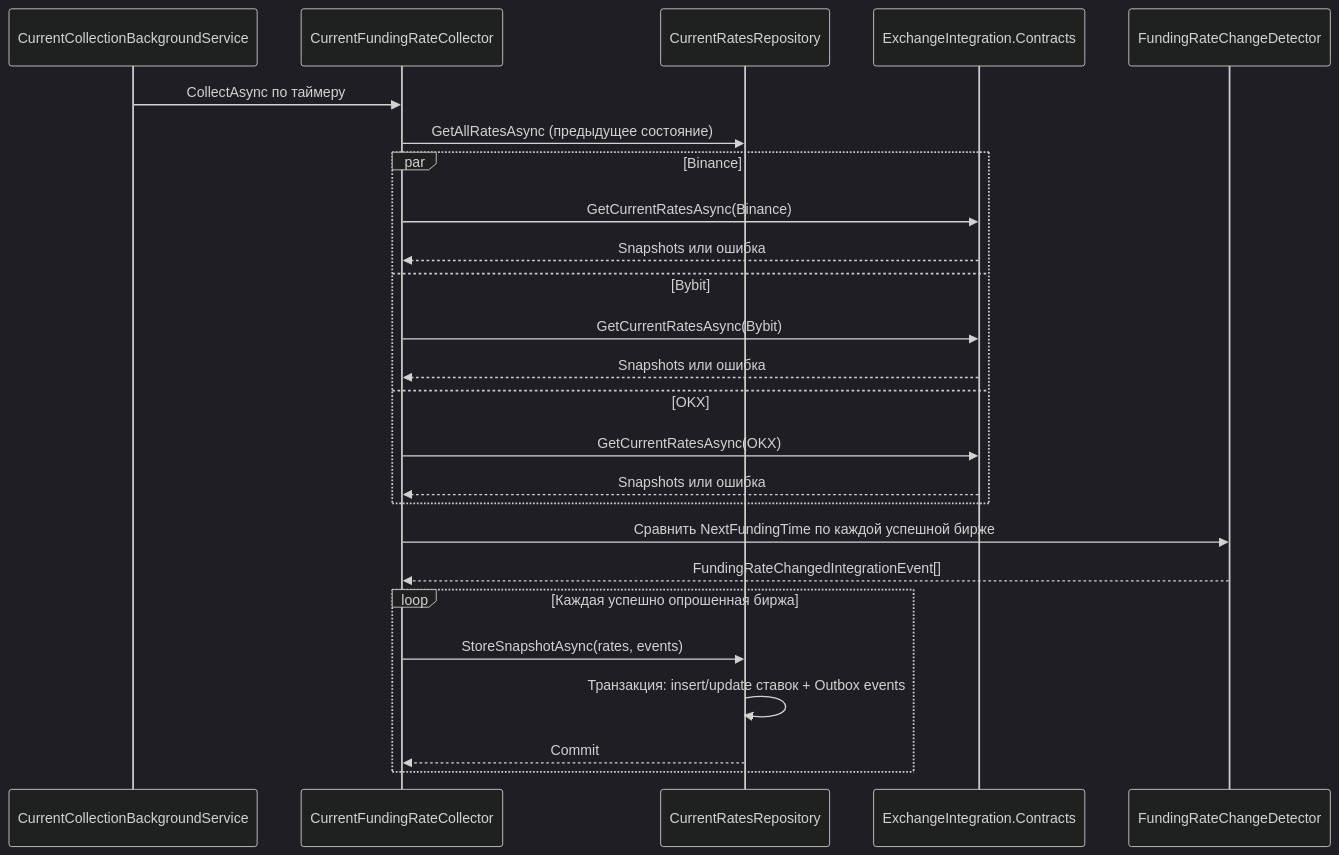
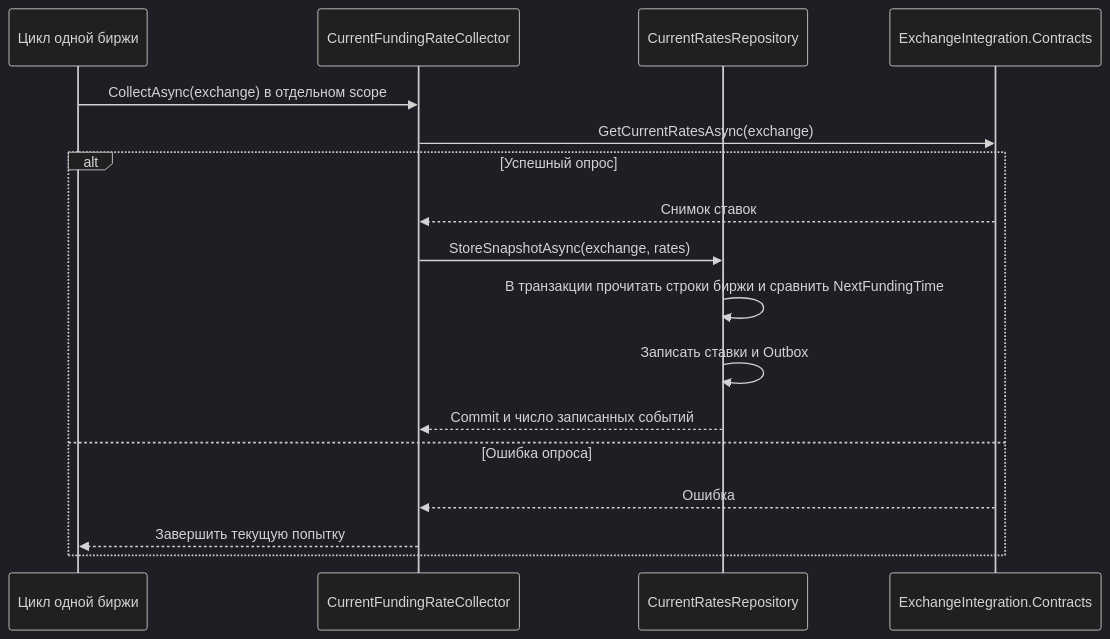
Before and after one commit to Grigory50012/FundingMonitor: the second of 4 diagrams in docs/architecture/modules/current-rates.md, drawn with Mermaid (dark theme). The commit also changed other lines of this file and 13 other files, not shown here.

Commit message:
refactor: collect current rates independently per exchange

````diff
--- a/docs/architecture/modules/current-rates.md
+++ b/docs/architecture/modules/current-rates.md
@@ -31,27 +31,19 @@
 ```mermaid
 sequenceDiagram
-    participant T as CurrentCollectionBackgroundService
+    participant T as Цикл одной биржи
     participant C as CurrentFundingRateCollector
     participant DB as CurrentRatesRepository
     participant EI as ExchangeIntegration.Contracts
-    participant D as FundingRateChangeDetector
-    T->>C: CollectAsync по таймеру
-    C->>DB: GetAllRatesAsync (предыдущее состояние)
-    par Binance
-        C->>EI: GetCurrentRatesAsync(Binance)
-        EI-->>C: Snapshots или ошибка
-    and Bybit
-        C->>EI: GetCurrentRatesAsync(Bybit)
-        EI-->>C: Snapshots или ошибка
-    and OKX
-        C->>EI: GetCurrentRatesAsync(OKX)
-        EI-->>C: Snapshots или ошибка
-    end
-    C->>D: Сравнить NextFundingTime по каждой успешной бирже
-    D-->>C: FundingRateChangedIntegrationEvent[]
-    loop Каждая успешно опрошенная биржа
-        C->>DB: StoreSnapshotAsync(rates, events)
-        DB->>DB: Транзакция: insert/update ставок + Outbox events
-        DB-->>C: Commit
+    T->>C: CollectAsync(exchange) в отдельном scope
+    C->>EI: GetCurrentRatesAsync(exchange)
+    alt Успешный опрос
+        EI-->>C: Снимок ставок
+        C->>DB: StoreSnapshotAsync(exchange, rates)
+        DB->>DB: В транзакции прочитать строки биржи и сравнить NextFundingTime
+        DB->>DB: Записать ставки и Outbox
+        DB-->>C: Commit и число записанных событий
+    else Ошибка опроса
+        EI-->>C: Ошибка
+        C-->>T: Завершить текущую попытку
     end
 ```
````
